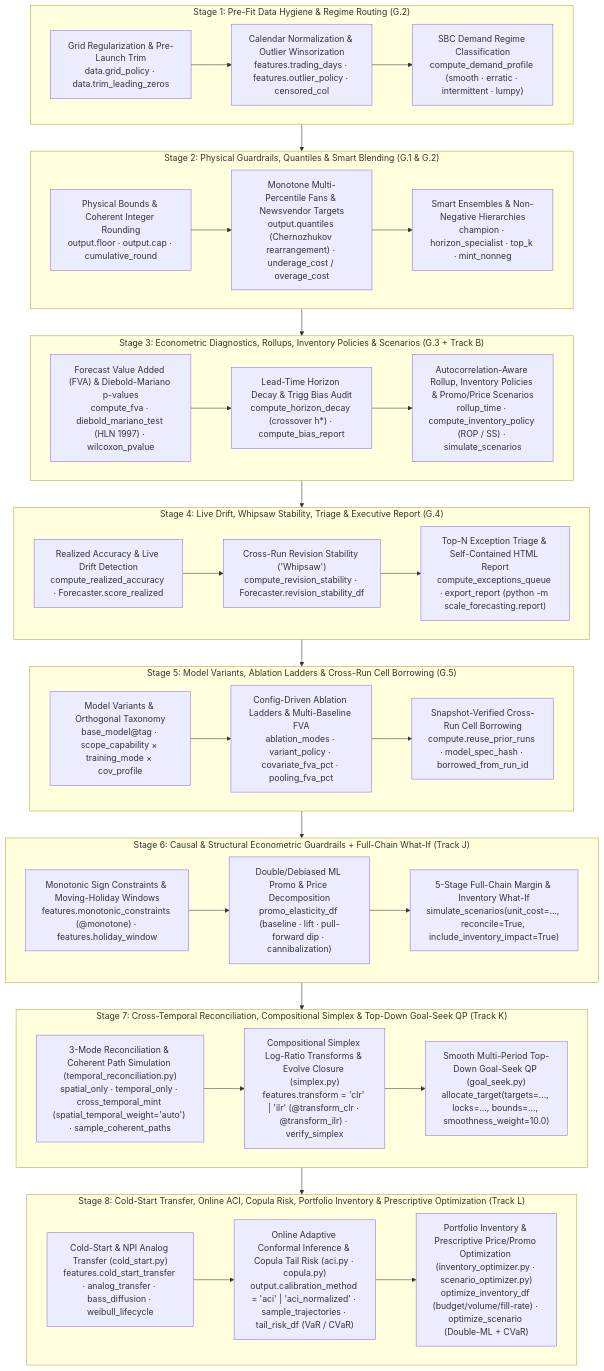
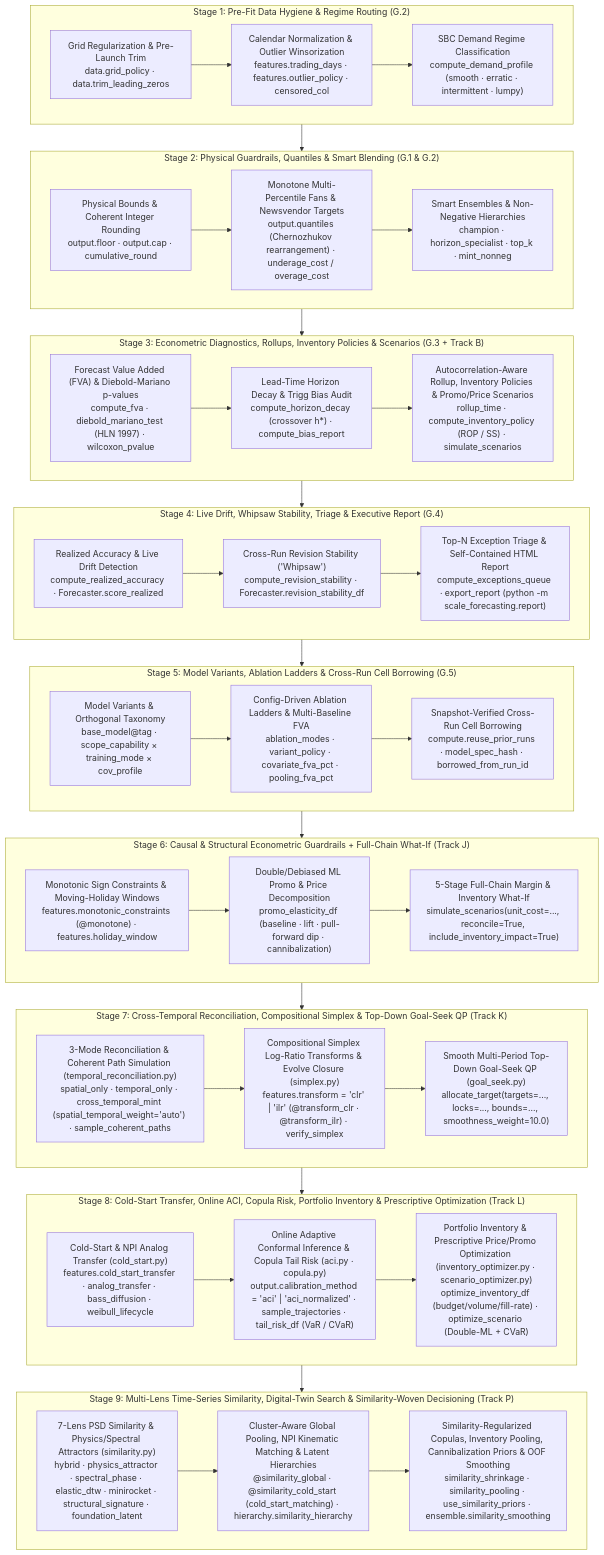
Before and after one commit to statmike/scale-forecasting: the first of 5 diagrams in docs/forecaster_workbench.md, drawn with Mermaid. The commit also changed other lines of this file and 31 other files, not shown here.

````diff
--- a/docs/forecaster_workbench.md
+++ b/docs/forecaster_workbench.md
@@ -5,60 +5,67 @@
 ```mermaid
 flowchart TD
     subgraph S1["Stage 1: Pre-Fit Data Hygiene & Regime Routing (G.2)"]
         H1["Grid Regularization & Pre-Launch Trim<br/>data.grid_policy · data.trim_leading_zeros"]
         H2["Calendar Normalization & Outlier Winsorization<br/>features.trading_days · features.outlier_policy · censored_col"]
         H3["SBC Demand Regime Classification<br/>compute_demand_profile (smooth · erratic · intermittent · lumpy)"]
         H1 --> H2 --> H3
     end
 
     subgraph S2["Stage 2: Physical Guardrails, Quantiles & Smart Blending (G.1 & G.2)"]
         B1["Physical Bounds & Coherent Integer Rounding<br/>output.floor · output.cap · cumulative_round"]
         B2["Monotone Multi-Percentile Fans & Newsvendor Targets<br/>output.quantiles (Chernozhukov rearrangement) · underage_cost / overage_cost"]
         B3["Smart Ensembles & Non-Negative Hierarchies<br/>champion · horizon_specialist · top_k · mint_nonneg"]
         B1 --> B2 --> B3
     end
 
     subgraph S3["Stage 3: Econometric Diagnostics, Rollups, Inventory Policies & Scenarios (G.3 + Track B)"]
         D1["Forecast Value Added (FVA) & Diebold-Mariano p-values<br/>compute_fva · diebold_mariano_test (HLN 1997) · wilcoxon_pvalue"]
         D2["Lead-Time Horizon Decay & Trigg Bias Audit<br/>compute_horizon_decay (crossover h*) · compute_bias_report"]
         D3["Autocorrelation-Aware Rollup, Inventory Policies & Promo/Price Scenarios<br/>rollup_time · compute_inventory_policy (ROP / SS) · simulate_scenarios"]
         D1 --> D2 --> D3
     end
 
     subgraph S4["Stage 4: Live Drift, Whipsaw Stability, Triage & Executive Report (G.4)"]
         L1["Realized Accuracy & Live Drift Detection<br/>compute_realized_accuracy · Forecaster.score_realized"]
         L2["Cross-Run Revision Stability ('Whipsaw')<br/>compute_revision_stability · Forecaster.revision_stability_df"]
         L3["Top-N Exception Triage & Self-Contained HTML Report<br/>compute_exceptions_queue · export_report (python -m scale_forecasting.report)"]
         L1 --> L2 --> L3
     end
 
     subgraph S5["Stage 5: Model Variants, Ablation Ladders & Cross-Run Cell Borrowing (G.5)"]
         V1["Model Variants & Orthogonal Taxonomy<br/>base_model@tag · scope_capability × training_mode × cov_profile"]
         V2["Config-Driven Ablation Ladders & Multi-Baseline FVA<br/>ablation_modes · variant_policy · covariate_fva_pct · pooling_fva_pct"]
         V3["Snapshot-Verified Cross-Run Cell Borrowing<br/>compute.reuse_prior_runs · model_spec_hash · borrowed_from_run_id"]
         V1 --> V2 --> V3
     end
 
     subgraph S6["Stage 6: Causal & Structural Econometric Guardrails + Full-Chain What-If (Track J)"]
         J1["Monotonic Sign Constraints & Moving-Holiday Windows<br/>features.monotonic_constraints (@monotone) · features.holiday_window"]
         J2["Double/Debiased ML Promo & Price Decomposition<br/>promo_elasticity_df (baseline · lift · pull-forward dip · cannibalization)"]
         J3["5-Stage Full-Chain Margin & Inventory What-If<br/>simulate_scenarios(unit_cost=..., reconcile=True, include_inventory_impact=True)"]
         J1 --> J2 --> J3
     end
 
     subgraph S7["Stage 7: Cross-Temporal Reconciliation, Compositional Simplex & Top-Down Goal-Seek QP (Track K)"]
         K1["3-Mode Reconciliation & Coherent Path Simulation (temporal_reconciliation.py)<br/>spatial_only · temporal_only · cross_temporal_mint (spatial_temporal_weight='auto') · sample_coherent_paths"]
         K2["Compositional Simplex Log-Ratio Transforms & Evolve Closure (simplex.py)<br/>features.transform = 'clr' | 'ilr' (@transform_clr · @transform_ilr) · verify_simplex"]
         K3["Smooth Multi-Period Top-Down Goal-Seek QP (goal_seek.py)<br/>allocate_target(targets=..., locks=..., bounds=..., smoothness_weight=10.0)"]
         K1 --> K2 --> K3
     end
 
     subgraph S8["Stage 8: Cold-Start Transfer, Online ACI, Copula Risk, Portfolio Inventory & Prescriptive Optimization (Track L)"]
         M1["Cold-Start & NPI Analog Transfer (cold_start.py)<br/>features.cold_start_transfer · analog_transfer · bass_diffusion · weibull_lifecycle"]
         M2["Online Adaptive Conformal Inference & Copula Tail Risk (aci.py · copula.py)<br/>output.calibration_method = 'aci' | 'aci_normalized' · sample_trajectories · tail_risk_df (VaR / CVaR)"]
         M3["Portfolio Inventory & Prescriptive Price/Promo Optimization (inventory_optimizer.py · scenario_optimizer.py)<br/>optimize_inventory_df (budget/volume/fill-rate) · optimize_scenario (Double-ML + CVaR)"]
         M1 --> M2 --> M3
     end
 
-    S1 --> S2 --> S3 --> S4 --> S5 --> S6 --> S7 --> S8
+    subgraph S9["Stage 9: Multi-Lens Time-Series Similarity, Digital-Twin Search & Similarity-Woven Decisioning (Track P)"]
+        P_SIM1["7-Lens PSD Similarity & Physics/Spectral Attractors (similarity.py)<br/>hybrid · physics_attractor · spectral_phase · elastic_dtw · minirocket · structural_signature · foundation_latent"]
+        P_SIM2["Cluster-Aware Global Pooling, NPI Kinematic Matching & Latent Hierarchies<br/>@similarity_global · @similarity_cold_start (cold_start_matching) · hierarchy.similarity_hierarchy"]
+        P_SIM3["Similarity-Regularized Copulas, Inventory Pooling, Cannibalization Priors & OOF Smoothing<br/>similarity_shrinkage · similarity_pooling · use_similarity_priors · ensemble.similarity_smoothing"]
+        P_SIM1 --> P_SIM2 --> P_SIM3
+    end
+
+    S1 --> S2 --> S3 --> S4 --> S5 --> S6 --> S7 --> S8 --> S9
 ```
````
